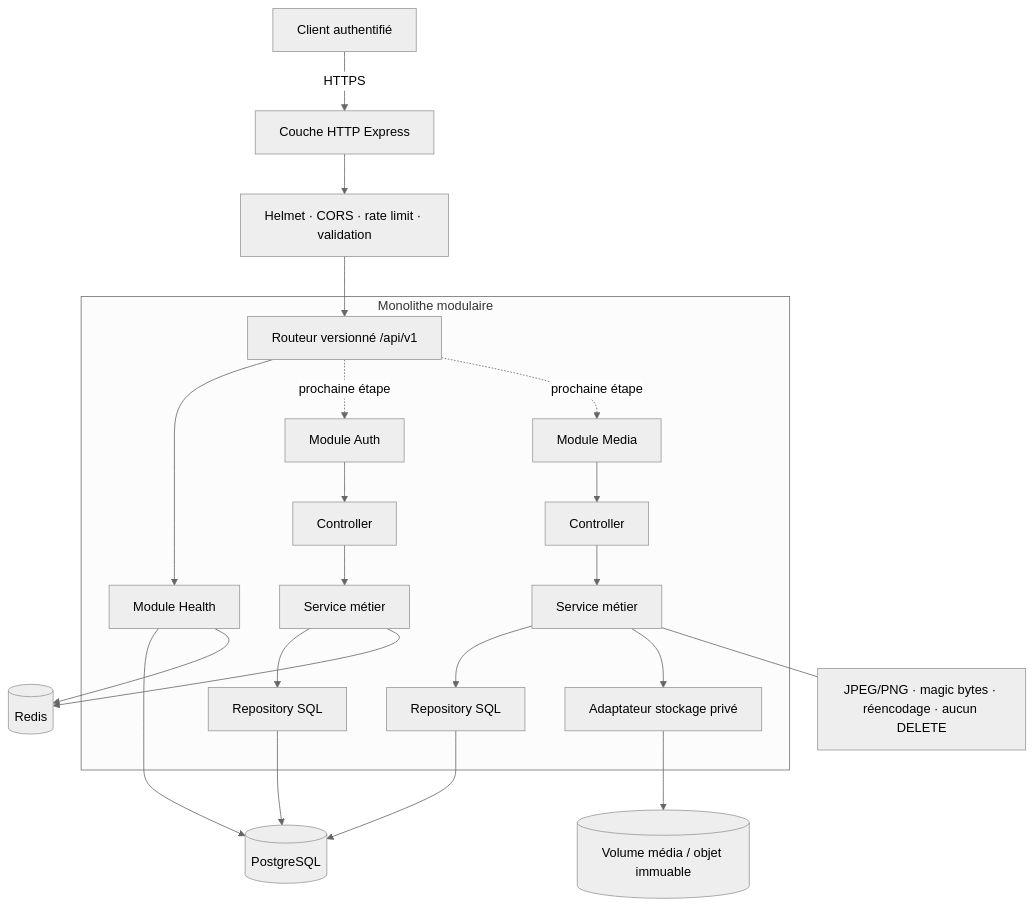
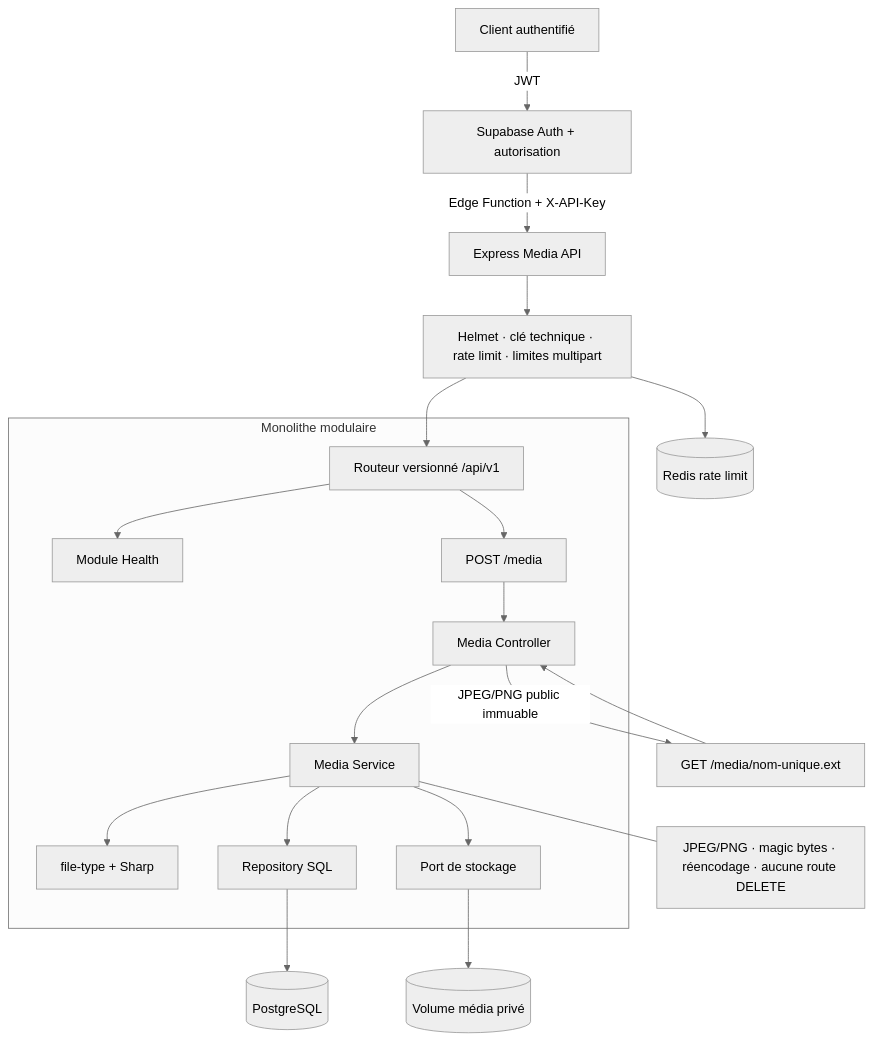
One commit to Leveling1/egliseapc-backend changed the diagram in agent.mmd. Above: the diagram before and after it, drawn with Mermaid (neutral theme). The commit also changed other lines of this file and 33 other files, not shown here.

```diff
--- a/agent.mmd
+++ b/agent.mmd
@@ -1,28 +1,24 @@
 flowchart TB
-  Client[Client authentifié] -->|HTTPS| HTTP[Couche HTTP Express]
-  HTTP --> Guards[Helmet · CORS · rate limit · validation]
+  Client[Client authentifié] -->|JWT| Supabase[Supabase Auth + autorisation]
+  Supabase -->|Edge Function + X-API-Key| HTTP[Express Media API]
+  HTTP --> Guards[Helmet · clé technique · rate limit · limites multipart]
   Guards --> Router[Routeur versionné /api/v1]
 
   subgraph Monolith[Monolithe modulaire]
     Router --> Health[Module Health]
-    Router -. prochaine étape .-> Auth[Module Auth]
-    Router -. prochaine étape .-> Media[Module Media]
-
-    Auth --> AuthController[Controller]
-    AuthController --> AuthService[Service métier]
-    AuthService --> AuthRepository[Repository SQL]
-
-    Media --> MediaController[Controller]
-    MediaController --> MediaService[Service métier]
-    MediaService --> MediaRepository[Repository SQL]
-    MediaService --> StorageAdapter[Adaptateur stockage privé]
+    Router --> MediaRoute[POST /media]
+    MediaRoute --> Controller[Media Controller]
+    Controller --> Service[Media Service]
+    Service --> Processor[file-type + Sharp]
+    Service --> Repository[Repository SQL]
+    Service --> Storage[Port de stockage]
   end
 
-  AuthRepository --> PG[(PostgreSQL)]
-  MediaRepository --> PG
-  AuthService --> Redis[(Redis)]
-  Health --> PG
-  Health --> Redis
-  StorageAdapter --> Volume[(Volume média / objet immuable)]
+  Repository --> PG[(PostgreSQL)]
+  Storage --> Volume[(Volume média privé)]
+  Guards --> Redis[(Redis rate limit)]
 
-  MediaService --- Policy[JPEG/PNG · magic bytes · réencodage · aucun DELETE]
+  Public[GET /media/nom-unique.ext] --> Controller
+  Controller -->|JPEG/PNG public immuable| Public
+
+  Service --- Policy[JPEG/PNG · magic bytes · réencodage · aucune route DELETE]
```
